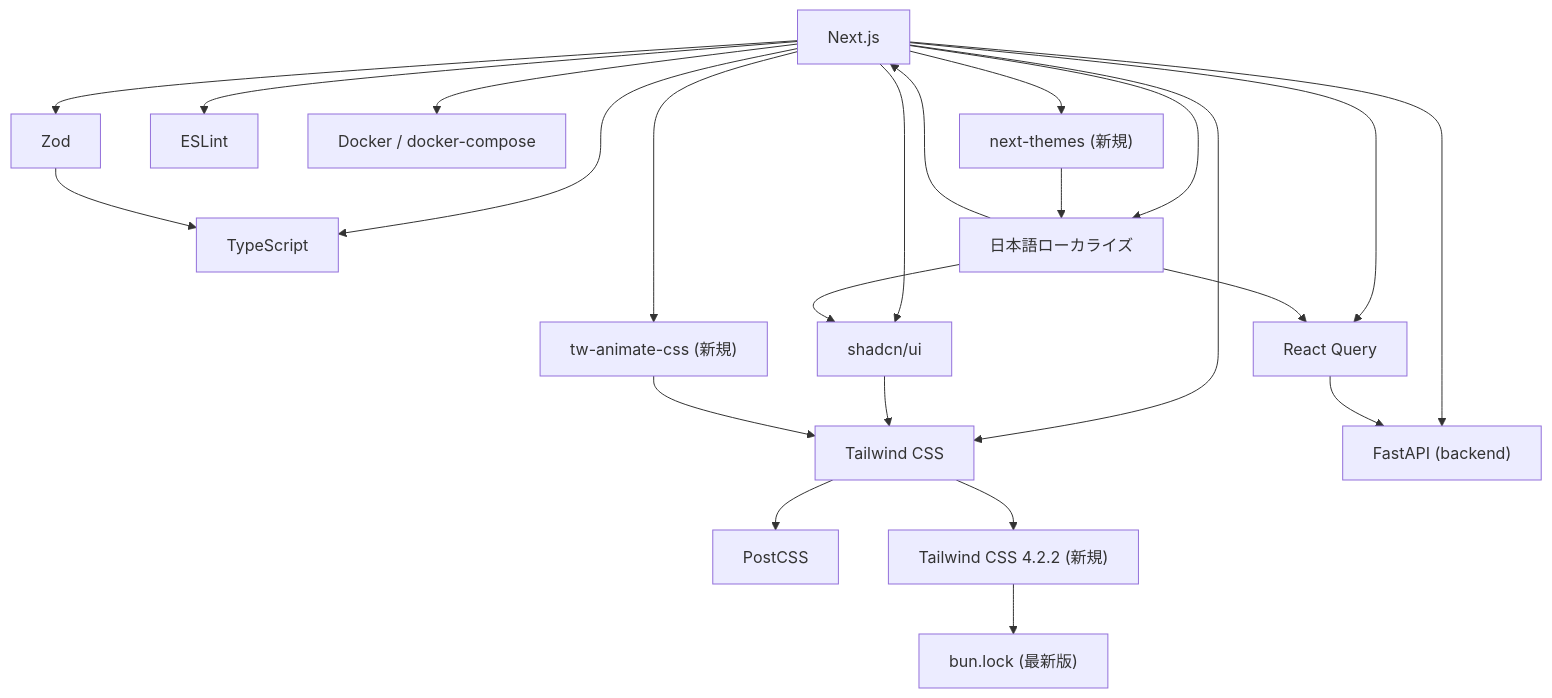
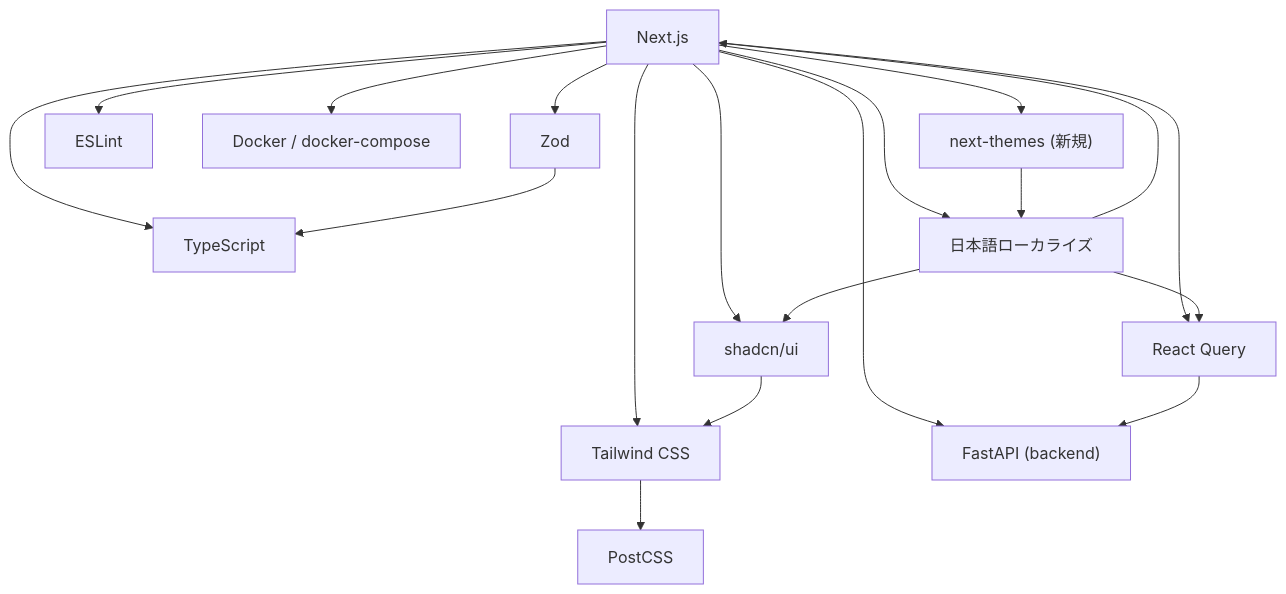
Diagram 14 of 14 in .qoder/repowiki/ja/content/フロントエンド開発/フロントエンド開発.md (ss8806/Todos), drawn with Mermaid before and after one commit. The commit also changed other lines of this file and 5 other files, not shown here.

First line of the commit message:
📐 Architecture Diagram詳細化

````diff
--- a/.qoder/repowiki/ja/content/フロントエンド開発/フロントエンド開発.md
+++ b/.qoder/repowiki/ja/content/フロントエンド開発/フロントエンド開発.md
@@ -699,40 +677,33 @@
 ```mermaid
 graph TB
 NEXT["Next.js"]
 TS["TypeScript"]
 TW["Tailwind CSS"]
 REACTQUERY["React Query"]
 SHADCN["shadcn/ui"]
 ZOD["Zod"]
 POST["PostCSS"]
 ESL["ESLint"]
 DK["Docker / docker-compose"]
 FASTAPI["FastAPI (backend)"]
 NEXTTHEMES["next-themes (新規)"]
 JA["日本語ローカライズ"]
-TWANIMATE["tw-animate-css (新規)"]
-TAILWIND4["Tailwind CSS 4.2.2 (新規)"]
-BUNLOCK["bun.lock (最新版)"]
 NEXT --> TS
 NEXT --> TW
 NEXT --> REACTQUERY
 NEXT --> SHADCN
 NEXT --> ZOD
 NEXT --> NEXTTHEMES
 TW --> POST
 NEXT --> ESL
 NEXT --> DK
 NEXT --> FASTAPI
 NEXT --> JA
-NEXT --> TWANIMATE
-TW --> TAILWIND4
-TAILWIND4 --> BUNLOCK
 REACTQUERY --> FASTAPI
 SHADCN --> TW
 ZOD --> TS
 JA --> NEXT
 JA --> SHADCN
 JA --> REACTQUERY
 NEXTTHEMES --> JA
-TWANIMATE --> TW
 ```
````
